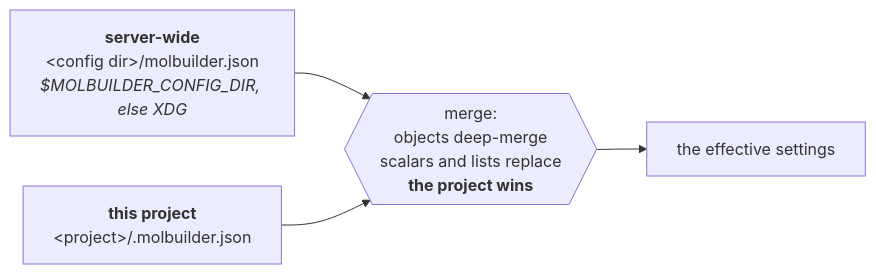
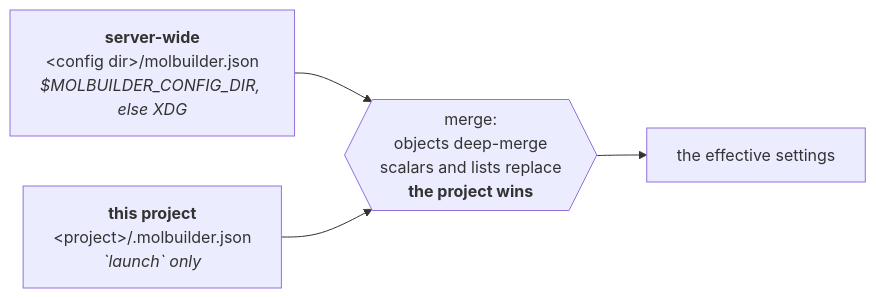
The eighth of 11 diagrams in docs/execution/architecture.md (Qing-LAB/molbuilder), drawn with Mermaid before and after one commit. The commit also changed other lines of this file and 118 other files, not shown here.

````diff
--- a/docs/execution/architecture.md
+++ b/docs/execution/architecture.md
@@ -968,9 +985,9 @@
 ```mermaid
 flowchart LR
     A["<b>server-wide</b><br/>&lt;config dir&gt;/molbuilder.json<br/><i>$MOLBUILDER_CONFIG_DIR, else XDG</i>"]
-    B["<b>this project</b><br/>&lt;project&gt;/.molbuilder.json"]
+    B["<b>this project</b><br/>&lt;project&gt;/.molbuilder.json<br/><i>`launch` only</i>"]
     M{{"merge:<br/>objects deep-merge<br/>scalars and lists replace<br/><b>the project wins</b>"}}
     R["the effective settings"]
     A --> M
     B --> M --> R
 ```
````
